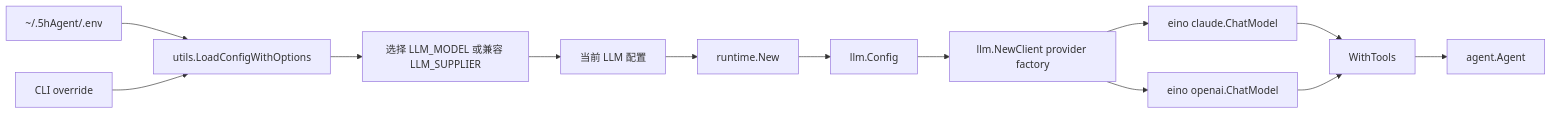
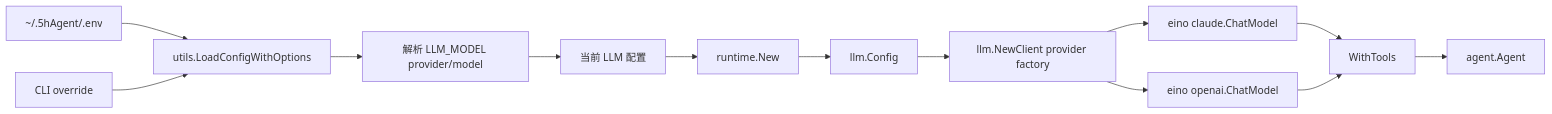
One commit to Ozqi/5hAgent changed the diagram in doc/llm.md. Above: the diagram before and after it, drawn with Mermaid. The commit also changed other lines of this file and 22 other files, not shown here.

````diff
--- a/doc/llm.md
+++ b/doc/llm.md
@@ -12,15 +12,15 @@
 ```mermaid
 flowchart LR
     Env[~/.5hAgent/.env] --> Load[utils.LoadConfigWithOptions]
     CLI[CLI override] --> Load
-    Load --> Pick[选择 LLM_MODEL 或兼容 LLM_SUPPLIER]
+    Load --> Pick[解析 LLM_MODEL provider/model]
     Pick --> Active[当前 LLM 配置]
     Active --> Runtime[runtime.New]
     Runtime --> Config[llm.Config]
     Config --> Factory[llm.NewClient provider factory]
     Factory --> Claude[eino claude.ChatModel]
     Factory --> OpenAI[eino openai.ChatModel]
     Claude --> Tools[WithTools]
     OpenAI --> Tools
     Tools --> Agent[agent.Agent]
 ```
````
